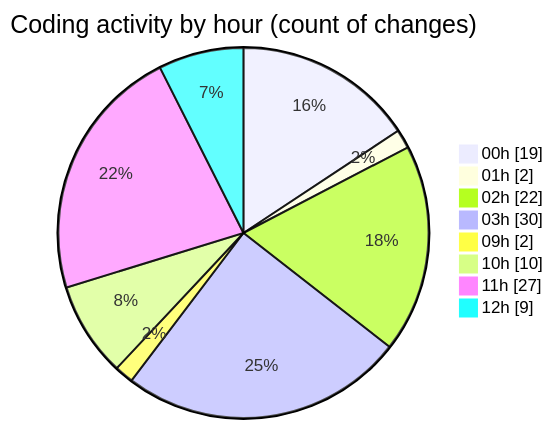
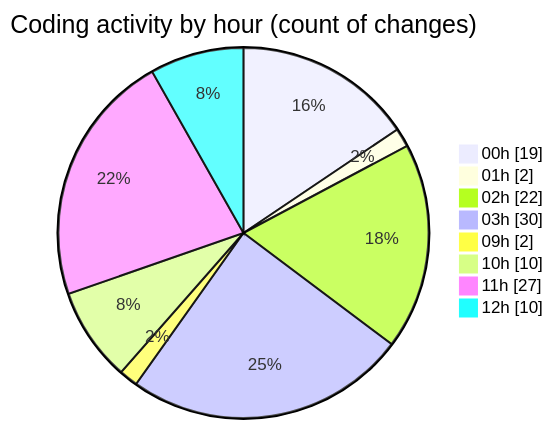
One commit to julien-gomy/code-tracking changed the second of 2 diagrams in 2025-10-21/eventscop-frontend-guide__workspace_/README.md. Above: the diagram before and after it, drawn with Mermaid. The commit also changed other lines of this file and 1 other file, not shown here.

````diff
--- a/2025-10-21/eventscop-frontend-guide__workspace_/README.md
+++ b/2025-10-21/eventscop-frontend-guide__workspace_/README.md
@@ -53,12 +54,12 @@
 ```mermaid
 pie showData
 title Coding activity by hour (count of changes)
 "00h" : 19
 "01h" : 2
 "02h" : 22
 "03h" : 30
 "09h" : 2
 "10h" : 10
 "11h" : 27
-"12h" : 9
+"12h" : 10
 ```
````
